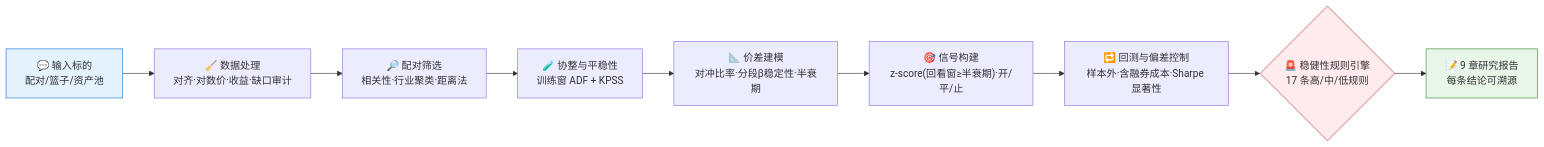
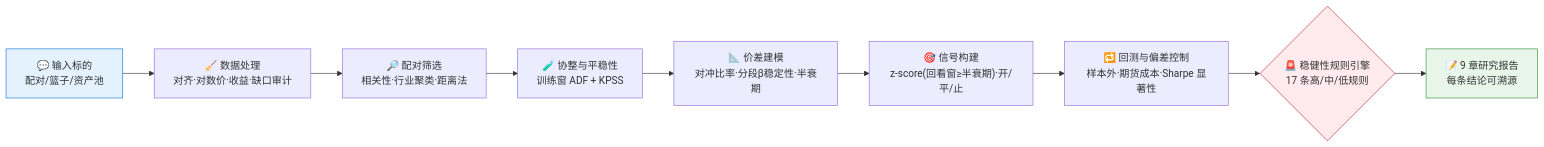
The first of 2 diagrams in agents/README.md (fitnesses/skill-statistical-arbitrage-time-series), drawn with Mermaid before and after one commit. The commit also changed other lines of this file and 10 other files, not shown here.

````diff
--- a/agents/README.md
+++ b/agents/README.md
@@ -30,15 +30,15 @@
 ```mermaid
 flowchart LR
     A["💬 输入标的<br/>配对/篮子/资产池"] --> B["🧹 数据处理<br/>对齐·对数价·收益·缺口审计"]
     B --> C["🔎 配对筛选<br/>相关性·行业聚类·距离法"]
     C --> D["🧪 协整与平稳性<br/>训练窗 ADF + KPSS"]
     D --> E["📐 价差建模<br/>对冲比率·分段β稳定性·半衰期"]
     E --> F["🎯 信号构建<br/>z-score(回看窗≥半衰期)·开/平/止"]
-    F --> G["🔁 回测与偏差控制<br/>样本外·含融券成本·Sharpe 显著性"]
+    F --> G["🔁 回测与偏差控制<br/>样本外·期货成本·Sharpe 显著性"]
     G --> H{"🚨 稳健性规则引擎<br/>17 条高/中/低规则"}
     H --> I["📝 9 章研究报告<br/>每条结论可溯源"]
 
     style A fill:#e3f2fd,stroke:#1976d2
     style H fill:#ffebee,stroke:#c62828
     style I fill:#e8f5e9,stroke:#388e3c
 ```
````
